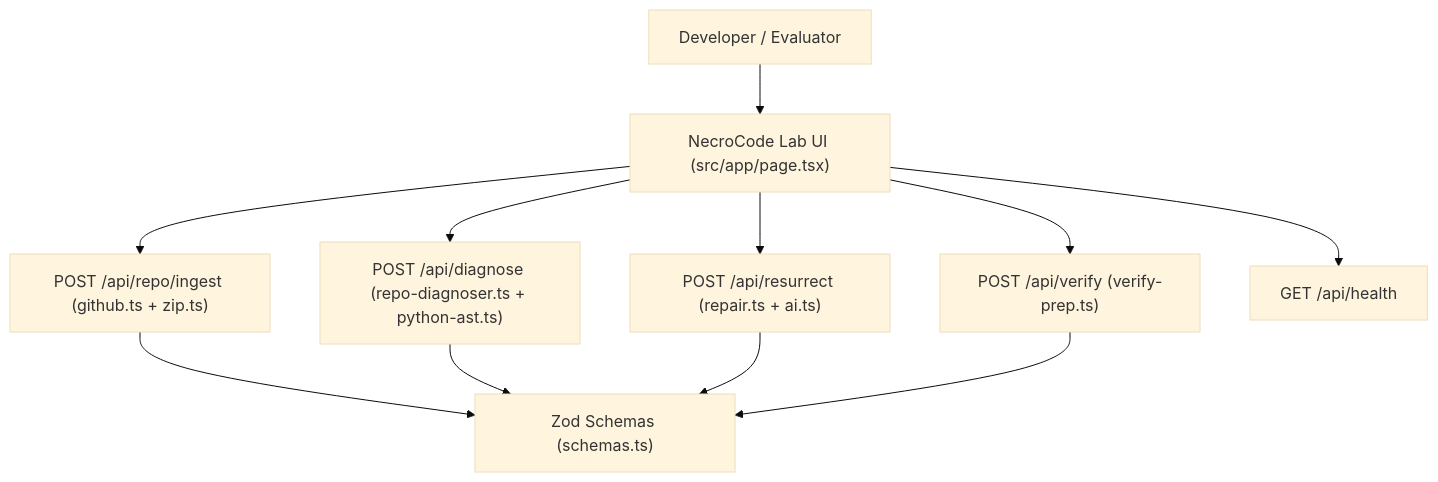
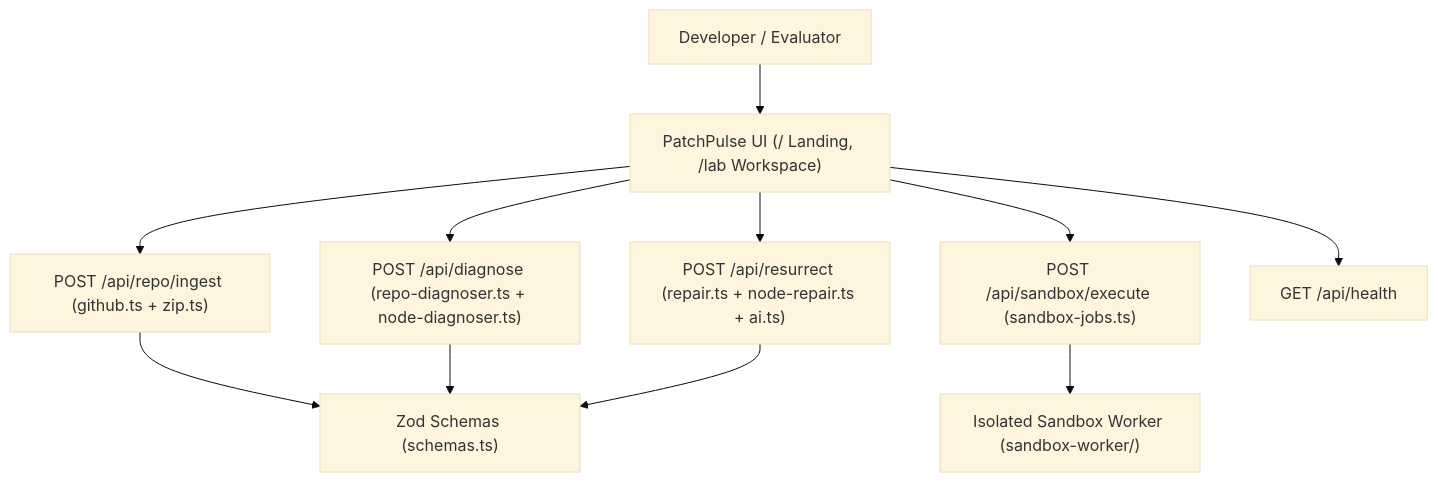
The diagram in .kiro/specs/design.md (GhulamMustufa/patchpulse), drawn with Mermaid (base theme) before and after one commit. The commit also changed other lines of this file and 12 other files, not shown here.

Commit message:
docs: align remaining security docs, specs, brief, and phase reports with PatchPulse

````diff
--- a/.kiro/specs/design.md
+++ b/.kiro/specs/design.md
@@ -7,14 +7,14 @@
 ```mermaid
 flowchart TD
-    User["Developer / Evaluator"] --> UI["NecroCode Lab UI (src/app/page.tsx)"]
+    User["Developer / Evaluator"] --> UI["PatchPulse UI (/ Landing, /lab Workspace)"]
     UI --> IngestAPI["POST /api/repo/ingest (github.ts + zip.ts)"]
-    UI --> DiagnoseAPI["POST /api/diagnose (repo-diagnoser.ts + python-ast.ts)"]
-    UI --> ResurrectAPI["POST /api/resurrect (repair.ts + ai.ts)"]
-    UI --> VerifyAPI["POST /api/verify (verify-prep.ts)"]
+    UI --> DiagnoseAPI["POST /api/diagnose (repo-diagnoser.ts + node-diagnoser.ts)"]
+    UI --> ResurrectAPI["POST /api/resurrect (repair.ts + node-repair.ts + ai.ts)"]
+    UI --> SandboxAPI["POST /api/sandbox/execute (sandbox-jobs.ts)"]
     UI --> HealthAPI["GET /api/health"]
 
     IngestAPI --> Schemas["Zod Schemas (schemas.ts)"]
     DiagnoseAPI --> Schemas
     ResurrectAPI --> Schemas
-    VerifyAPI --> Schemas
+    SandboxAPI --> Worker["Isolated Sandbox Worker (sandbox-worker/)"]
 ```
````
